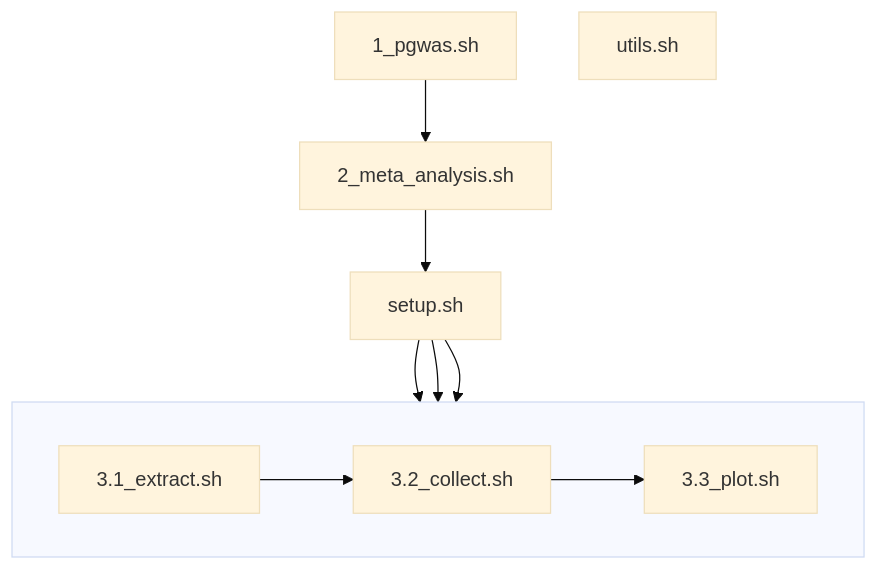
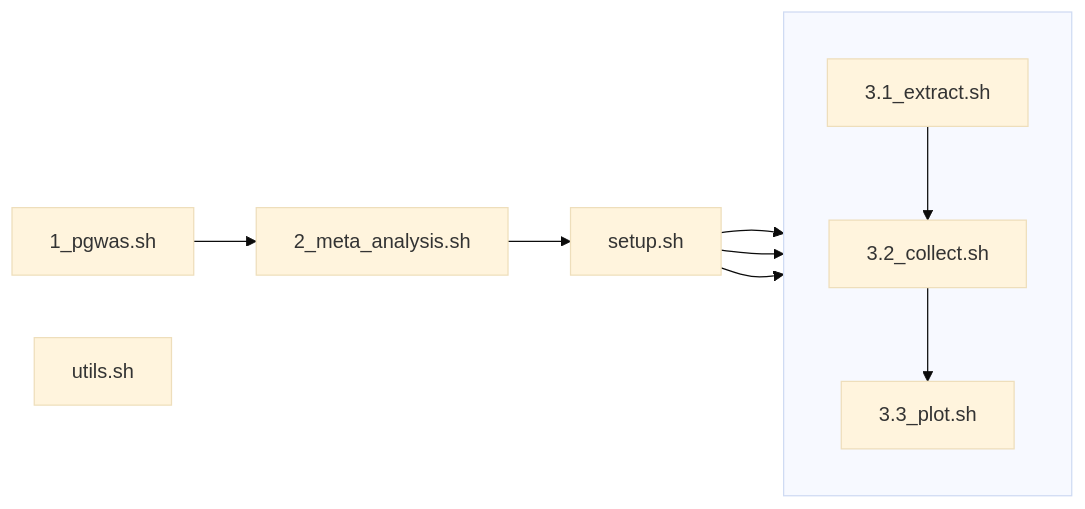
Before and after one commit to jinghuazhao/Caprion: the first of 2 diagrams in peptide_progs/README.md, drawn with Mermaid (base theme).

Commit message:
Analysis

````diff
--- a/peptide_progs/README.md
+++ b/peptide_progs/README.md
@@ -26,16 +26,16 @@
 ```mermaid
-graph TD;
+graph LR;
     1_pgwas.sh
     2_meta_analysis.sh
     1_pgwas.sh --> 2_meta_analysis.sh --> setup.sh
     setup.sh --> 3.1_extract.sh
     setup.sh --> 3.2_collect.sh
     setup.sh --> 3.3_plot.sh
 
     subgraph Group1[ ]
-        direction LR
+        direction TD
         3.1_extract.sh --> 3.2_collect.sh --> 3.3_plot.sh
     end
 
     utils.sh
 ```
````
